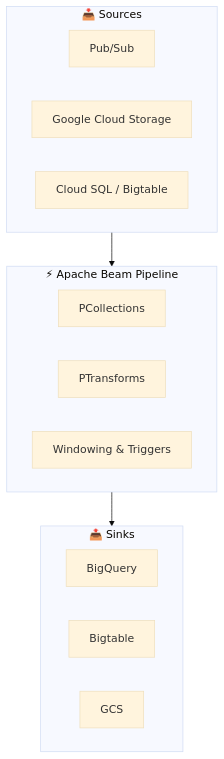
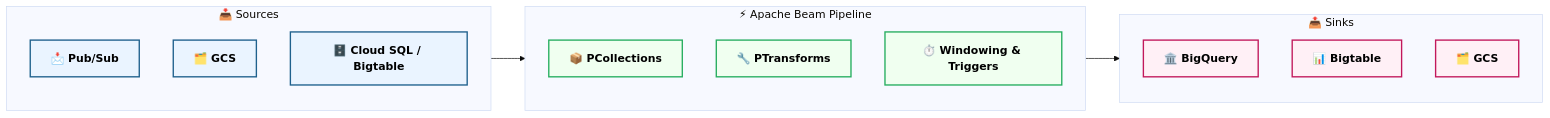
The eighth of 11 diagrams in GCP-interview.md (blaire101/DE2-AWS-Azure-GCP-2025), drawn with Mermaid (base theme) before and after one commit.

````diff
--- a/GCP-interview.md
+++ b/GCP-interview.md
@@ -366,22 +366,34 @@
 ```mermaid
-flowchart TD
+flowchart LR
+    %% ===== Styles =====
+    classDef source fill:#eaf4ff,stroke:#1f618d,stroke-width:2px,color:#000,font-weight:bold
+    classDef pipeline fill:#f0fff0,stroke:#27ae60,stroke-width:2px,color:#000,font-weight:bold
+    classDef sink fill:#fff0f6,stroke:#c2185b,stroke-width:2px,color:#000,font-weight:bold
+
+    %% ===== Source Layer =====
     subgraph Source["📥 Sources"]
-        Pub[Pub/Sub]
-        GCS[Google Cloud Storage]
-        DB[Cloud SQL / Bigtable]
+        direction TB
+        Pub[📩 Pub/Sub]:::source
+        GCS[🗂️ GCS]:::source
+        DB[🗄️ Cloud SQL / Bigtable]:::source
     end
 
+    %% ===== Pipeline Layer =====
     subgraph Pipeline["⚡ Apache Beam Pipeline"]
-        PC[PCollections]
-        PT[PTransforms]
-        WN[Windowing & Triggers]
+        direction TB
+        PC[📦 PCollections]:::pipeline
+        PT[🔧 PTransforms]:::pipeline
+        WN[⏱️ Windowing & Triggers]:::pipeline
     end
 
+    %% ===== Sink Layer =====
     subgraph Sink["📤 Sinks"]
-        BQ[BigQuery]
-        BT[Bigtable]
-        GCS2[GCS]
+        direction TB
+        BQ[🏛️ BigQuery]:::sink
+        BT[📊 Bigtable]:::sink
+        GCS2[🗂️ GCS]:::sink
     end
 
+    %% ===== Flows =====
     Source --> Pipeline --> Sink
 ```
````
